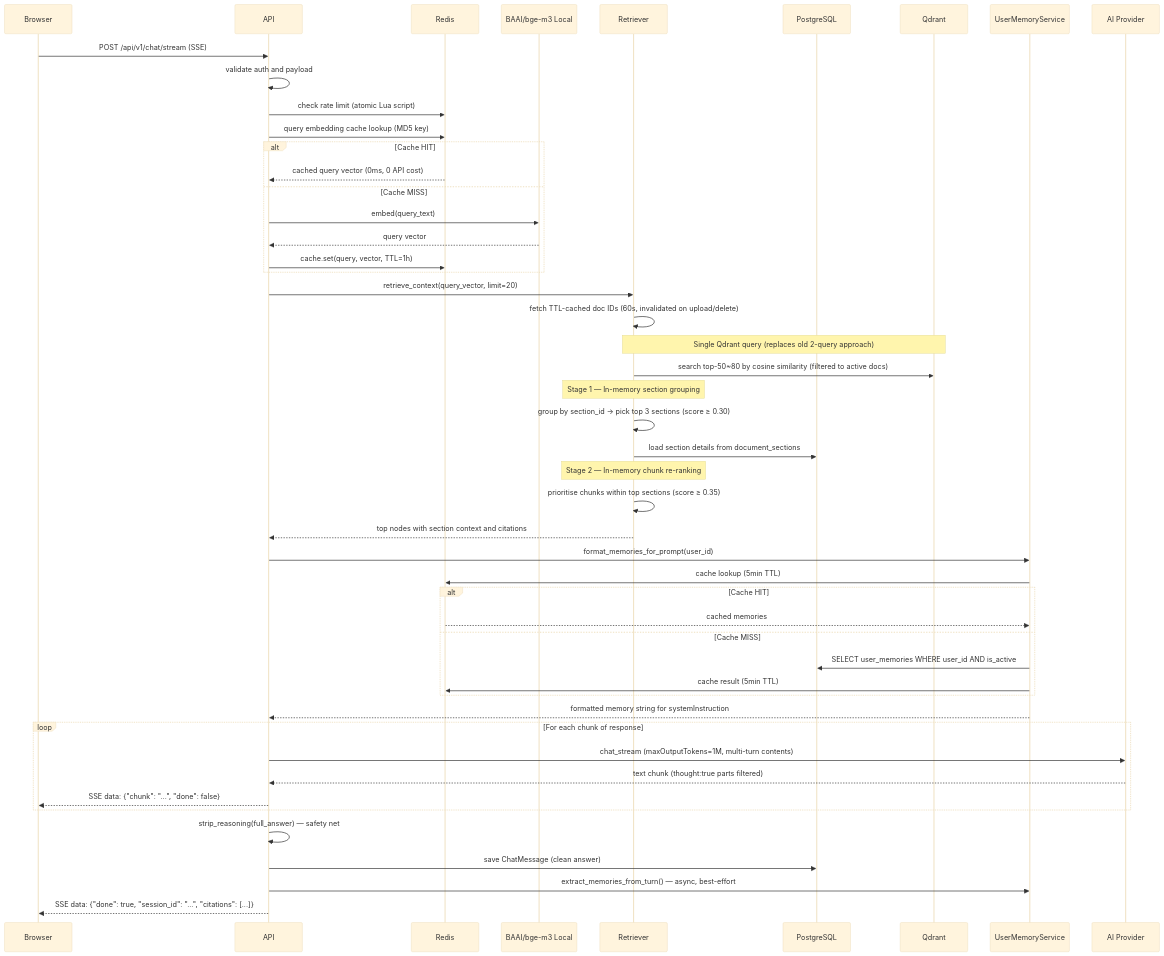
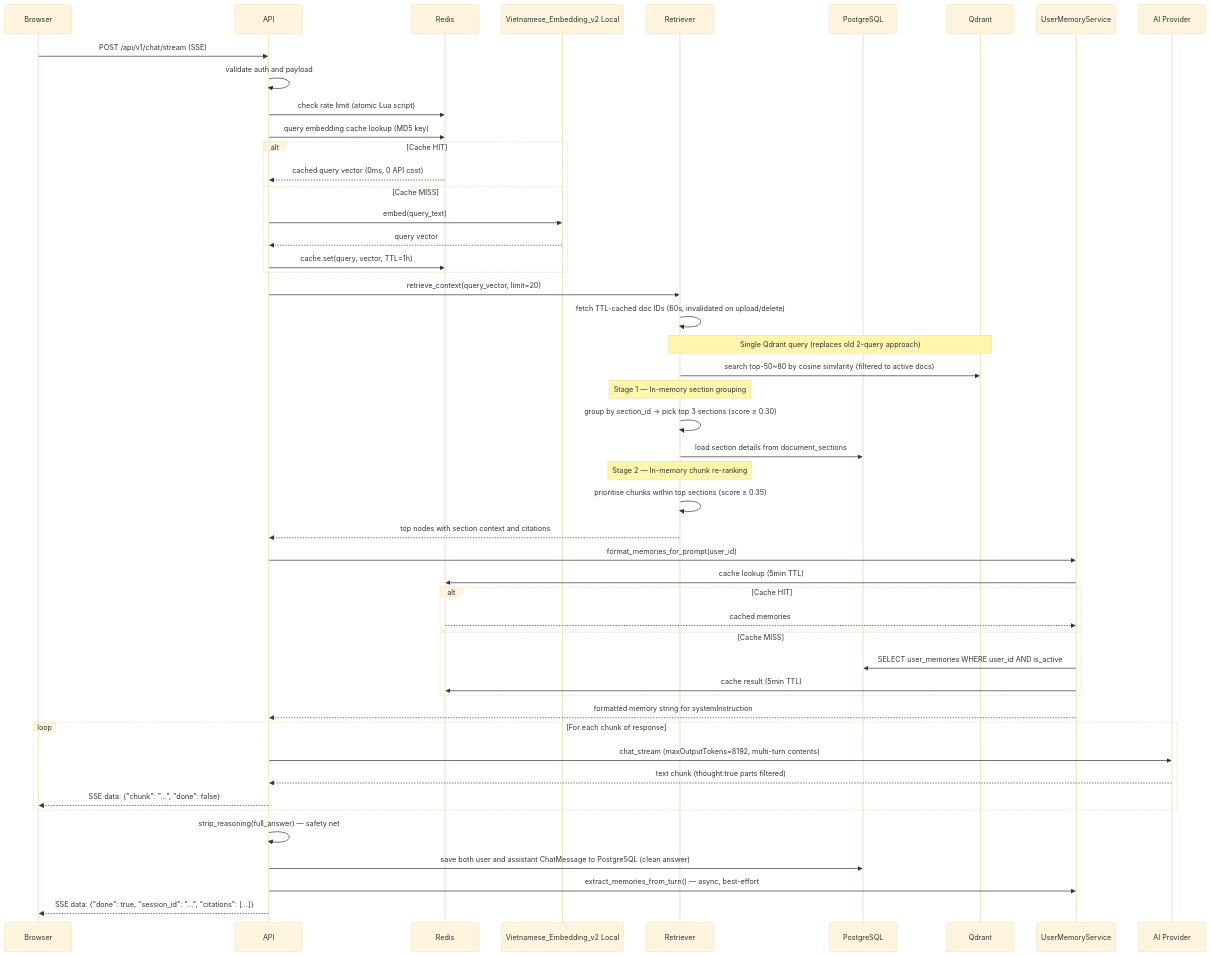
One commit to qtuanph/chatbot-rag changed the second of 4 diagrams in docs/03_CORE_WORKFLOWS.md. Above: the diagram before and after it, drawn with Mermaid (base theme). The commit also changed other lines of this file and 77 other files, not shown here.

````diff
--- a/docs/03_CORE_WORKFLOWS.md
+++ b/docs/03_CORE_WORKFLOWS.md
@@ -81,54 +81,54 @@
 ```mermaid
 sequenceDiagram
     participant Browser
     participant API
     participant Redis
-    participant Embedder as BAAI/bge-m3 Local
+    participant Embedder as Vietnamese_Embedding_v2 Local
     participant Retriever
     participant DB as PostgreSQL
     participant Qdrant
     participant Memory as UserMemoryService
     participant Provider as AI Provider
 
     Browser->>API: POST /api/v1/chat/stream (SSE)
     API->>API: validate auth and payload
     API->>Redis: check rate limit (atomic Lua script)
     API->>Redis: query embedding cache lookup (MD5 key)
     alt Cache HIT
         Redis-->>API: cached query vector (0ms, 0 API cost)
     else Cache MISS
         API->>Embedder: embed(query_text)
         Embedder-->>API: query vector
         API->>Redis: cache.set(query, vector, TTL=1h)
     end
     API->>Retriever: retrieve_context(query_vector, limit=20)
     Retriever->>Retriever: fetch TTL-cached doc IDs (60s, invalidated on upload/delete)
     Note over Retriever,Qdrant: Single Qdrant query (replaces old 2-query approach)
     Retriever->>Qdrant: search top-50~80 by cosine similarity (filtered to active docs)
     Note over Retriever: Stage 1 — In-memory section grouping
     Retriever->>Retriever: group by section_id → pick top 3 sections (score ≥ 0.30)
     Retriever->>DB: load section details from document_sections
     Note over Retriever: Stage 2 — In-memory chunk re-ranking
     Retriever->>Retriever: prioritise chunks within top sections (score ≥ 0.35)
     Retriever-->>API: top nodes with section context and citations
 
     API->>Memory: format_memories_for_prompt(user_id)
     Memory->>Redis: cache lookup (5min TTL)
     alt Cache HIT
         Redis-->>Memory: cached memories
     else Cache MISS
         Memory->>DB: SELECT user_memories WHERE user_id AND is_active
         Memory->>Redis: cache result (5min TTL)
     end
     Memory-->>API: formatted memory string for systemInstruction
 
     loop For each chunk of response
-        API->>Provider: chat_stream (maxOutputTokens=1M, multi-turn contents)
+        API->>Provider: chat_stream (maxOutputTokens=8192, multi-turn contents)
         Provider-->>API: text chunk (thought:true parts filtered)
         API-->>Browser: SSE data: {"chunk": "...", "done": false}
     end
     API->>API: strip_reasoning(full_answer) — safety net
-    API->>DB: save ChatMessage (clean answer)
+    API->>DB: save both user and assistant ChatMessage to PostgreSQL (clean answer)
     API->>Memory: extract_memories_from_turn() — async, best-effort
     API-->>Browser: SSE data: {"done": true, "session_id": "...", "citations": [...]}
 ```
````
